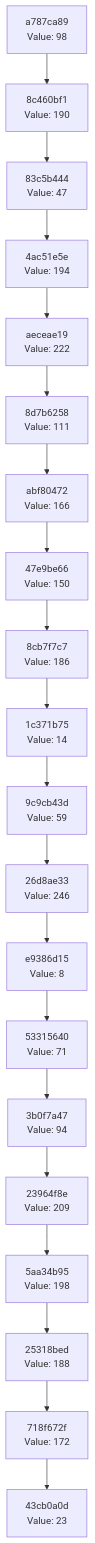
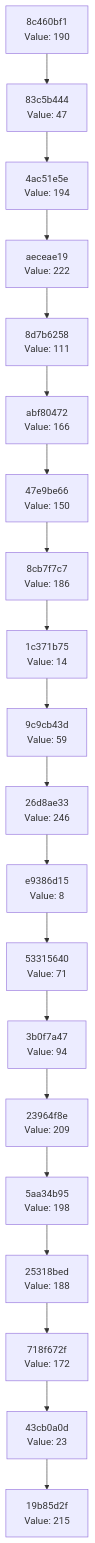
One commit to Abhisheksinha1506/hash-chain-evolver changed the diagram in docs/CHAIN_VISUALIZATION.md. Above: the diagram before and after it, drawn with Mermaid. The commit also changed 2 other files, not shown here.

Commit message:
Evolution Step

````diff
--- a/docs/CHAIN_VISUALIZATION.md
+++ b/docs/CHAIN_VISUALIZATION.md
@@ -3,42 +3,42 @@
 ```mermaid
 graph TD
-    C0["43cb0a0d<br/>Value: 23"]
-    C1["718f672f<br/>Value: 172"]
+    C0["19b85d2f<br/>Value: 215"]
+    C1["43cb0a0d<br/>Value: 23"]
     C1 --> C0
-    C2["25318bed<br/>Value: 188"]
+    C2["718f672f<br/>Value: 172"]
     C2 --> C1
-    C3["5aa34b95<br/>Value: 198"]
+    C3["25318bed<br/>Value: 188"]
     C3 --> C2
-    C4["23964f8e<br/>Value: 209"]
+    C4["5aa34b95<br/>Value: 198"]
     C4 --> C3
-    C5["3b0f7a47<br/>Value: 94"]
+    C5["23964f8e<br/>Value: 209"]
     C5 --> C4
-    C6["53315640<br/>Value: 71"]
+    C6["3b0f7a47<br/>Value: 94"]
     C6 --> C5
-    C7["e9386d15<br/>Value: 8"]
+    C7["53315640<br/>Value: 71"]
     C7 --> C6
-    C8["26d8ae33<br/>Value: 246"]
+    C8["e9386d15<br/>Value: 8"]
     C8 --> C7
-    C9["9c9cb43d<br/>Value: 59"]
+    C9["26d8ae33<br/>Value: 246"]
     C9 --> C8
-    C10["1c371b75<br/>Value: 14"]
+    C10["9c9cb43d<br/>Value: 59"]
     C10 --> C9
-    C11["8cb7f7c7<br/>Value: 186"]
+    C11["1c371b75<br/>Value: 14"]
     C11 --> C10
-    C12["47e9be66<br/>Value: 150"]
+    C12["8cb7f7c7<br/>Value: 186"]
     C12 --> C11
-    C13["abf80472<br/>Value: 166"]
+    C13["47e9be66<br/>Value: 150"]
     C13 --> C12
-    C14["8d7b6258<br/>Value: 111"]
+    C14["abf80472<br/>Value: 166"]
     C14 --> C13
-    C15["aeceae19<br/>Value: 222"]
+    C15["8d7b6258<br/>Value: 111"]
     C15 --> C14
-    C16["4ac51e5e<br/>Value: 194"]
+    C16["aeceae19<br/>Value: 222"]
     C16 --> C15
-    C17["83c5b444<br/>Value: 47"]
+    C17["4ac51e5e<br/>Value: 194"]
     C17 --> C16
-    C18["8c460bf1<br/>Value: 190"]
+    C18["83c5b444<br/>Value: 47"]
     C18 --> C17
-    C19["a787ca89<br/>Value: 98"]
+    C19["8c460bf1<br/>Value: 190"]
     C19 --> C18
 ```
````
